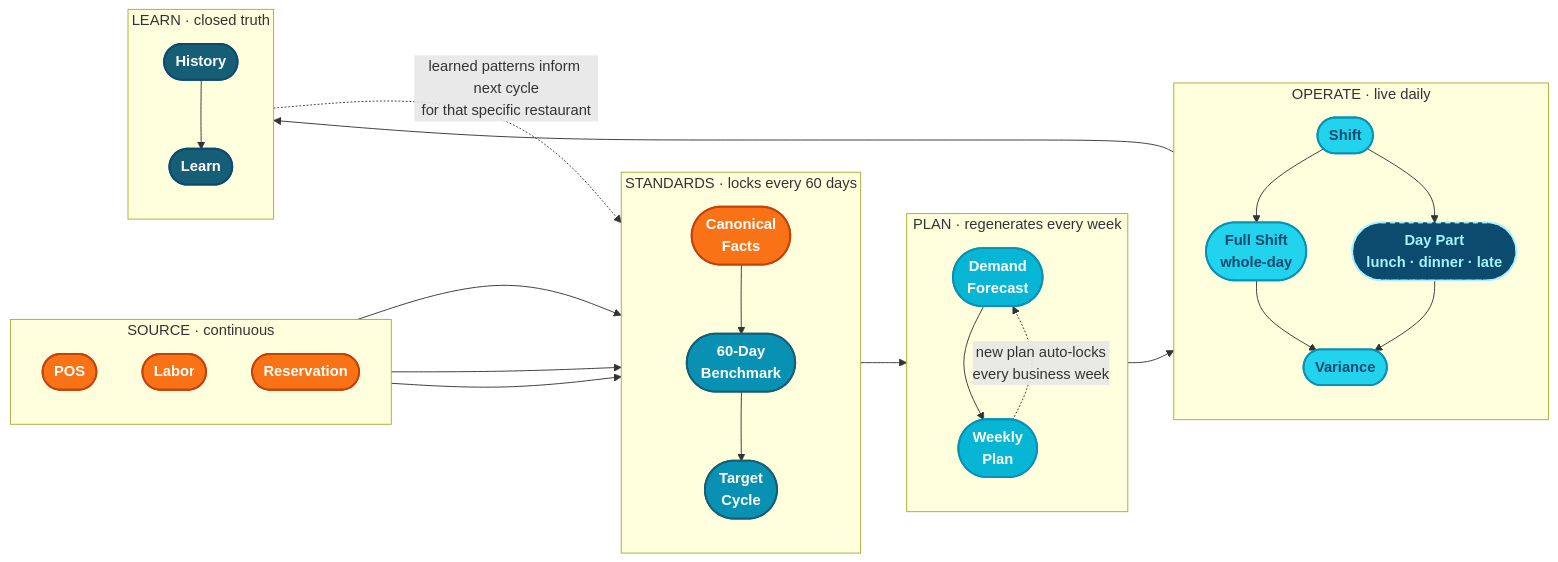
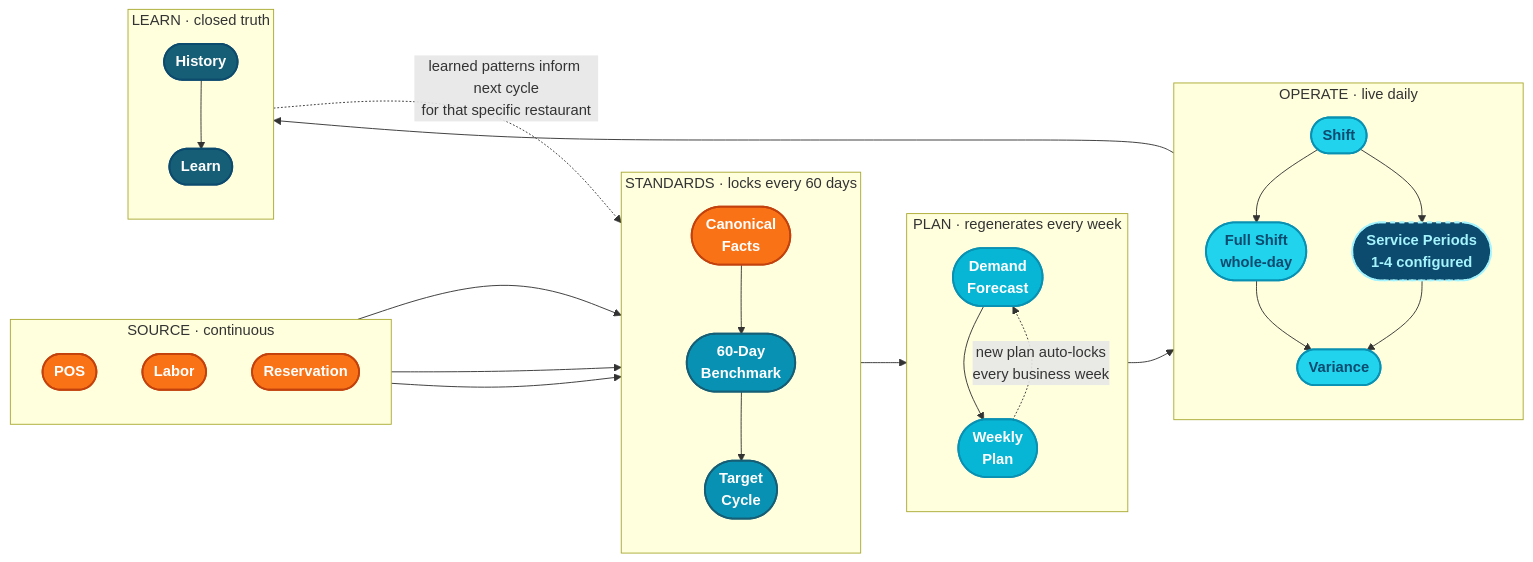
One commit to SaidKhan005/forge-flow-demo changed the diagram in docs/contracts/core_app_architecture.md. Above: the diagram before and after it, drawn with Mermaid. The commit also changed other lines of this file and 8 other files, not shown here.

````diff
--- a/docs/contracts/core_app_architecture.md
+++ b/docs/contracts/core_app_architecture.md
@@ -52,60 +52,60 @@
 ```mermaid
 flowchart LR
     subgraph S1[" SOURCE · continuous "]
         direction TB
         POS([POS]):::source
         LAB([Labor]):::source
         RES([Reservation]):::source
     end
 
     subgraph S2[" STANDARDS · locks every 60 days "]
         direction TB
         FACTS([Canonical<br/>Facts]):::source
         BENCH([60-Day<br/>Benchmark]):::std
         TC([Target<br/>Cycle]):::std
     end
 
     subgraph S3[" PLAN · regenerates every week "]
         direction TB
         FC([Demand<br/>Forecast]):::plan
         WP([Weekly<br/>Plan]):::plan
         WP -.->|new plan auto-locks<br/>every business week| FC
     end
 
     subgraph S4[" OPERATE · live daily "]
         direction TB
         SH([Shift]):::live
         FS([Full Shift<br/>whole-day]):::live
-        DP([Day Part<br/>lunch · dinner · late]):::future
+        DP([Service Periods<br/>1-4 configured]):::future
         VAR([Variance]):::live
         SH --> FS
         SH --> DP
         FS --> VAR
         DP --> VAR
     end
 
     subgraph S5[" LEARN · closed truth "]
         direction TB
         HIST([History]):::learn
         LEARN([Learn]):::learn
     end
 
     POS --> FACTS
     LAB --> FACTS
     RES --> FACTS
     FACTS --> BENCH
     BENCH --> TC
     TC --> FC
     FC --> WP
     WP --> SH
     VAR --> HIST
     HIST --> LEARN
     LEARN -.->|learned patterns inform next cycle<br/>for that specific restaurant|TC
 
     classDef source fill:#F97316,stroke:#C2410C,stroke-width:2px,color:#fff,font-weight:bold
     classDef std fill:#0891B2,stroke:#155E75,stroke-width:2px,color:#fff,font-weight:bold
     classDef plan fill:#06B6D4,stroke:#0891B2,stroke-width:2px,color:#fff,font-weight:bold
     classDef live fill:#22D3EE,stroke:#0891B2,stroke-width:2px,color:#0c4a6e,font-weight:bold
     classDef learn fill:#155E75,stroke:#0c4a6e,stroke-width:2px,color:#fff,font-weight:bold
     classDef future fill:#0c4a6e,stroke:#A5F3FC,stroke-width:2px,stroke-dasharray:5 5,color:#A5F3FC,font-weight:bold
 ```
````
